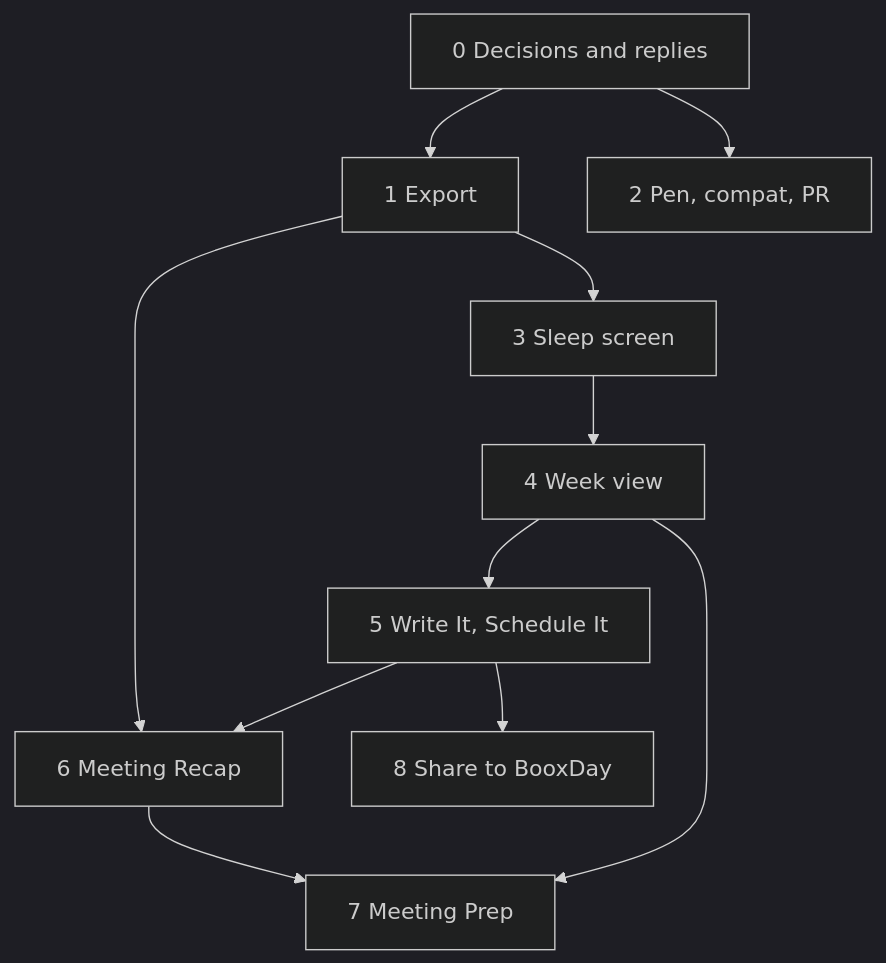
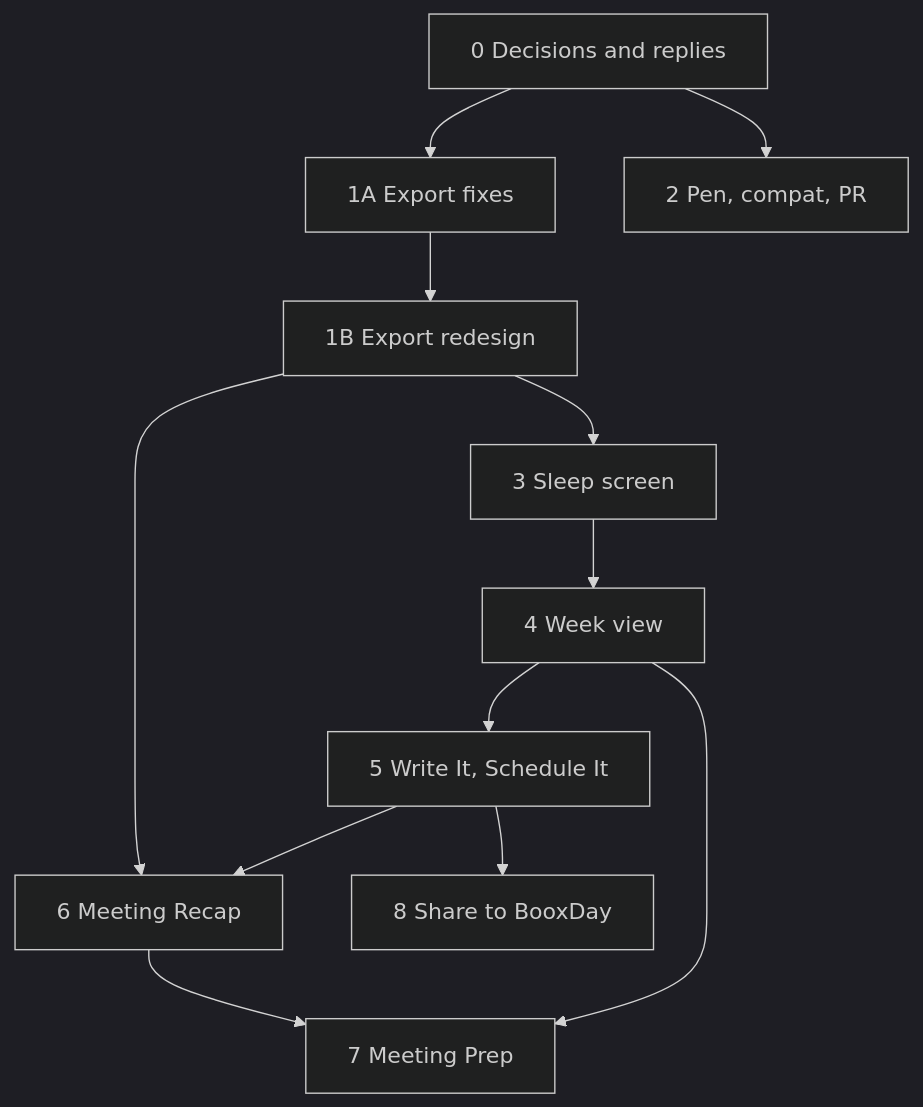
Before and after one commit to fortolano/booxday: the diagram in docs/NEXT_IMPROVEMENTS_PLAN.md, drawn with Mermaid (dark theme). The commit also changed other lines of this file, not shown here.

First line of the commit message:
Docs: next improvements plan, export redesign as Phase 1B

````diff
--- a/docs/NEXT_IMPROVEMENTS_PLAN.md
+++ b/docs/NEXT_IMPROVEMENTS_PLAN.md
@@ -324,13 +330,14 @@
 ```mermaid
 graph TD
-    P0[0 Decisions and replies] --> P1[1 Export]
+    P0[0 Decisions and replies] --> P1[1A Export fixes]
+    P1 --> P1B[1B Export redesign]
     P0 --> P2[2 Pen, compat, PR]
-    P1 --> P3[3 Sleep screen]
+    P1B --> P3[3 Sleep screen]
     P3 --> P4[4 Week view]
     P4 --> P5[5 Write It, Schedule It]
-    P1 --> P6[6 Meeting Recap]
+    P1B --> P6[6 Meeting Recap]
     P5 --> P6
     P6 --> P7[7 Meeting Prep]
     P4 --> P7
     P5 --> P8[8 Share to BooxDay]
 ```
````
